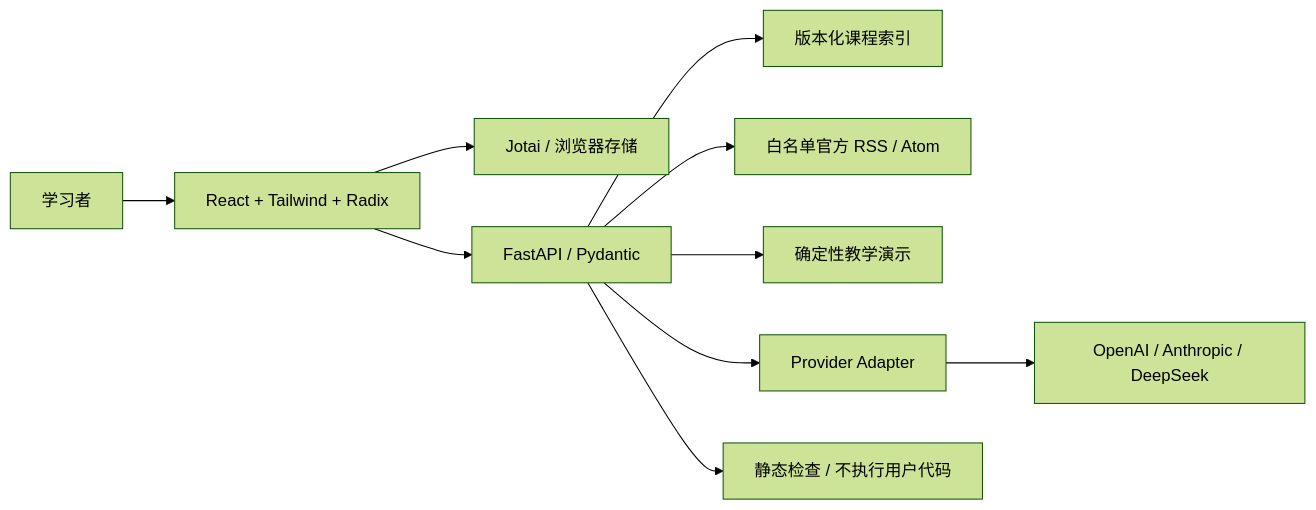
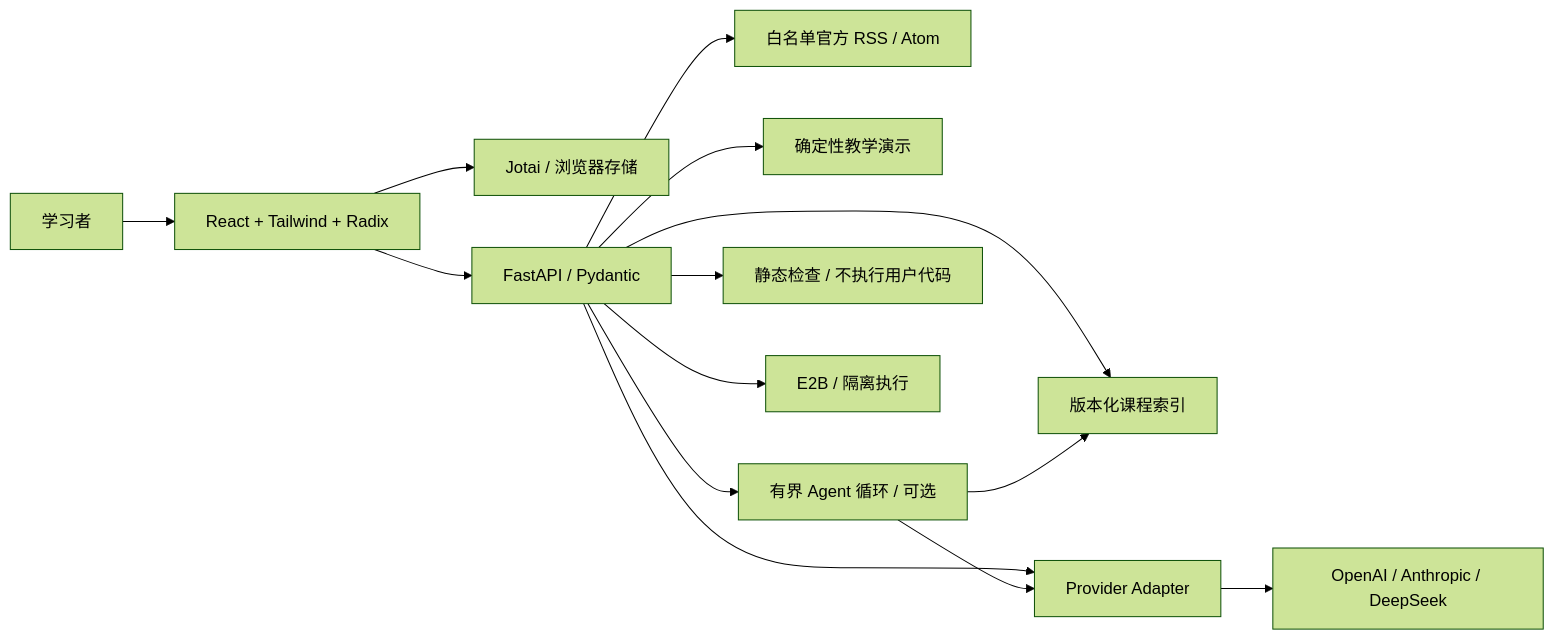
One commit to frontend-is-magic/deep-ai-station changed the diagram in docs/architecture.md. Above: the diagram before and after it, drawn with Mermaid (forest theme). The commit also changed other lines of this file and 10 other files, not shown here.

````diff
--- a/docs/architecture.md
+++ b/docs/architecture.md
@@ -5,12 +5,16 @@
 ```mermaid
 flowchart LR
   U[学习者] --> R[React + Tailwind + Radix]
   R --> J[Jotai / 浏览器存储]
   R --> API[FastAPI / Pydantic]
   API --> C[版本化课程索引]
   API --> F[白名单官方 RSS / Atom]
   API --> D[确定性教学演示]
   API --> P[Provider Adapter]
+  API --> A[有界 Agent 循环 / 可选]
+  A --> P
+  A --> C
   P --> M[OpenAI / Anthropic / DeepSeek]
   API --> S[静态检查 / 不执行用户代码]
+  API --> E[E2B / 隔离执行]
 ```
````
